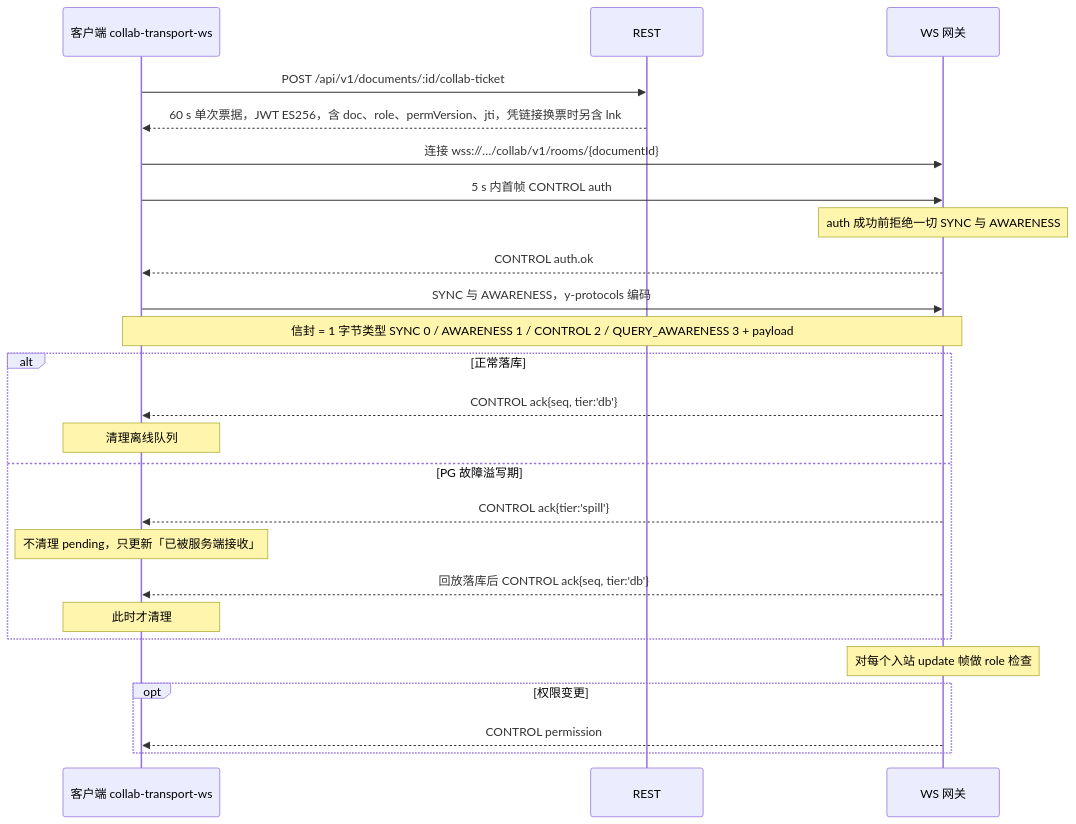
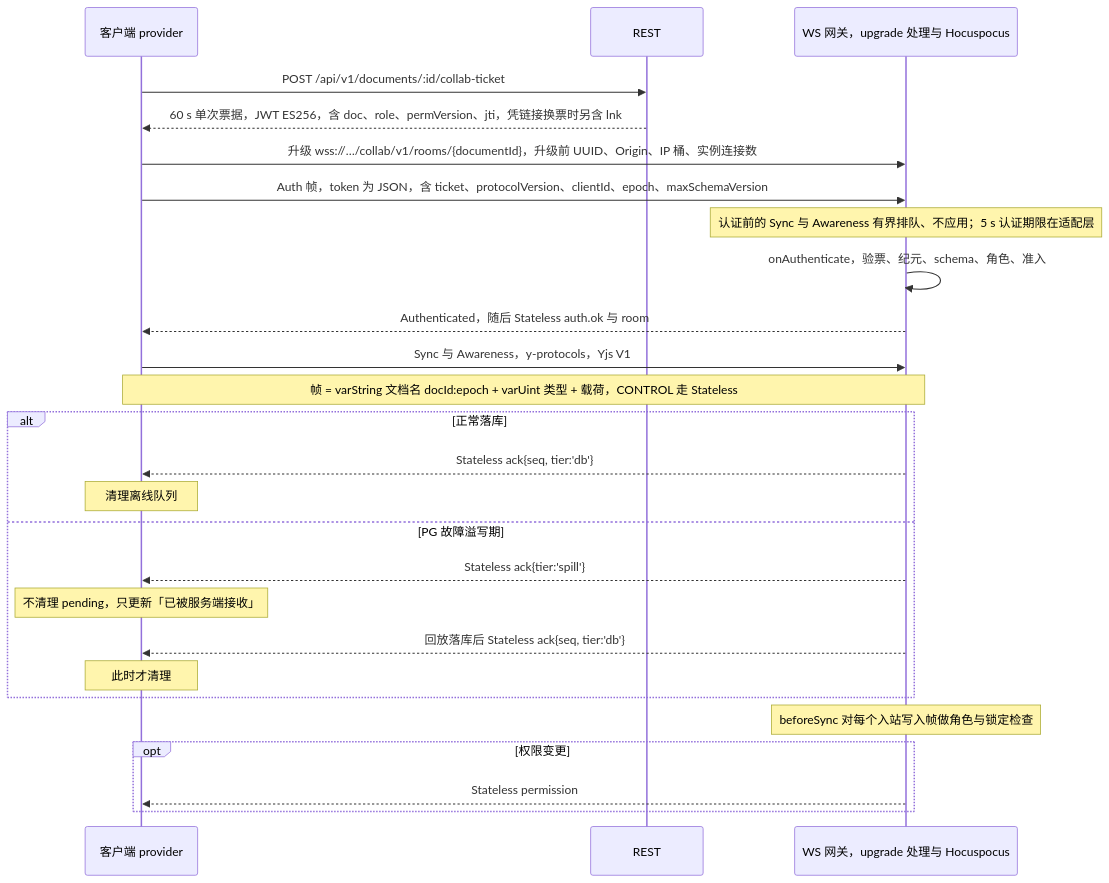
One commit to Xeonice/cordis-ppt-editor changed the first of 2 diagrams in docs/30-architecture/adr/0023-transport-and-protocol.md. Above: the diagram before and after it, drawn with Mermaid. The commit also changed other lines of this file and 78 other files, not shown here.

````diff
--- a/docs/30-architecture/adr/0023-transport-and-protocol.md
+++ b/docs/30-architecture/adr/0023-transport-and-protocol.md
@@ -26,27 +28,28 @@
 ```mermaid
 sequenceDiagram
-  participant client as 客户端 collab-transport-ws
+  participant client as 客户端 provider
   participant rest as REST
-  participant gw as WS 网关
+  participant gw as WS 网关，upgrade 处理与 Hocuspocus
   client->>rest: POST /api/v1/documents/:id/collab-ticket
   rest-->>client: 60 s 单次票据，JWT ES256，含 doc、role、permVersion、jti，凭链接换票时另含 lnk
-  client->>gw: 连接 wss://…/collab/v1/rooms/{documentId}
-  client->>gw: 5 s 内首帧 CONTROL auth
-  Note over gw: auth 成功前拒绝一切 SYNC 与 AWARENESS
-  gw-->>client: CONTROL auth.ok
-  client->>gw: SYNC 与 AWARENESS，y-protocols 编码
-  Note over client,gw: 信封 = 1 字节类型 SYNC 0 / AWARENESS 1 / CONTROL 2 / QUERY_AWARENESS 3 + payload
+  client->>gw: 升级 wss://…/collab/v1/rooms/{documentId}，升级前 UUID、Origin、IP 桶、实例连接数
+  client->>gw: Auth 帧，token 为 JSON，含 ticket、protocolVersion、clientId、epoch、maxSchemaVersion
+  Note over gw: 认证前的 Sync 与 Awareness 有界排队、不应用；5 s 认证期限在适配层
+  gw->>gw: onAuthenticate，验票、纪元、schema、角色、准入
+  gw-->>client: Authenticated，随后 Stateless auth.ok 与 room
+  client->>gw: Sync 与 Awareness，y-protocols，Yjs V1
+  Note over client,gw: 帧 = varString 文档名 docId:epoch + varUint 类型 + 载荷，CONTROL 走 Stateless
   alt 正常落库
-    gw-->>client: CONTROL ack{seq, tier:'db'}
+    gw-->>client: Stateless ack{seq, tier:'db'}
     Note over client: 清理离线队列
   else PG 故障溢写期
-    gw-->>client: CONTROL ack{tier:'spill'}
+    gw-->>client: Stateless ack{tier:'spill'}
     Note over client: 不清理 pending，只更新「已被服务端接收」
-    gw-->>client: 回放落库后 CONTROL ack{seq, tier:'db'}
+    gw-->>client: 回放落库后 Stateless ack{seq, tier:'db'}
     Note over client: 此时才清理
   end
-  Note over gw: 对每个入站 update 帧做 role 检查
+  Note over gw: beforeSync 对每个入站写入帧做角色与锁定检查
   opt 权限变更
-    gw-->>client: CONTROL permission
+    gw-->>client: Stateless permission
   end
 ```
````
